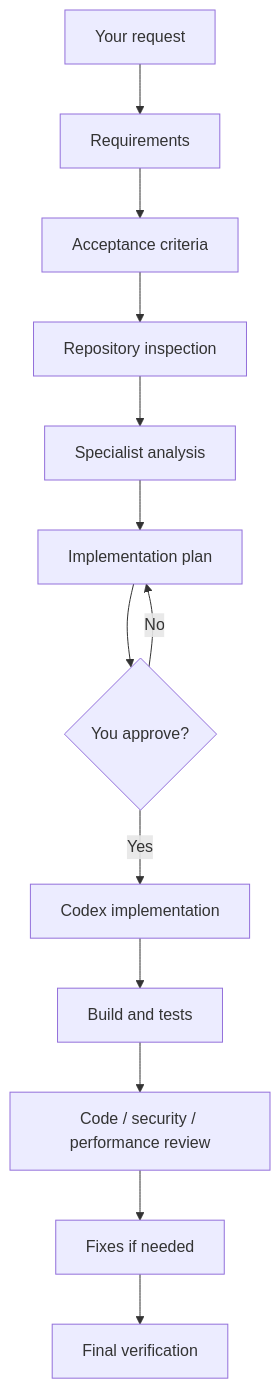
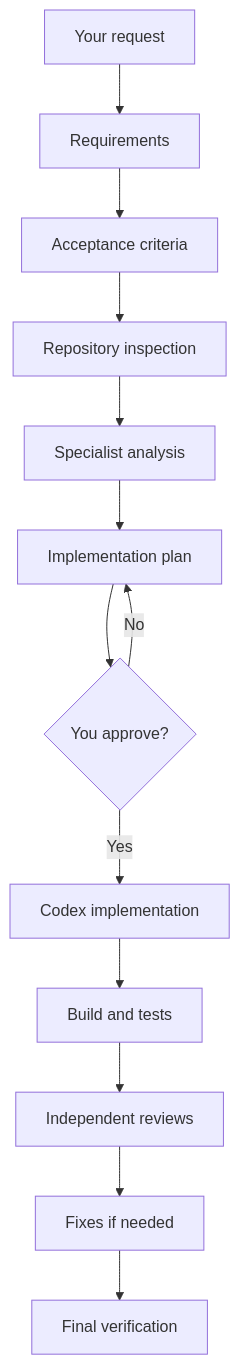
One commit to mohamedma872/ai-agent-workflow-kit changed the first of 3 diagrams in README.md. Above: the diagram before and after it, drawn with Mermaid. The commit also changed other lines of this file and 8 other files, not shown here.

````diff
--- a/README.md
+++ b/README.md
@@ -56,15 +57,15 @@
 ```mermaid
 flowchart TD
     A[Your request] --> B[Requirements]
     B --> C[Acceptance criteria]
     C --> D[Repository inspection]
     D --> E[Specialist analysis]
     E --> F[Implementation plan]
     F --> G{You approve?}
     G -->|No| F
     G -->|Yes| H[Codex implementation]
     H --> I[Build and tests]
-    I --> J[Code / security / performance review]
+    I --> J[Independent reviews]
     J --> K[Fixes if needed]
     K --> L[Final verification]
 ```
````
